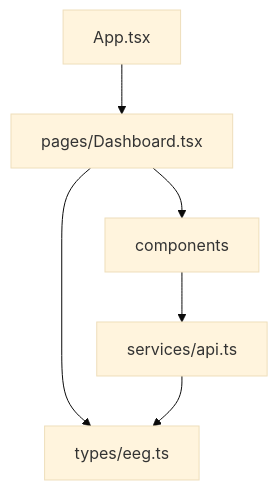
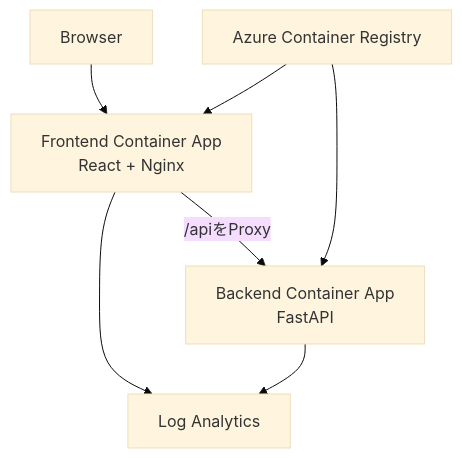
Before and after one commit to ryoma-1999/eeg-analysis-platform: the second of 2 diagrams in doc/02_システム構成.md, drawn with Mermaid (base theme). The commit also changed other lines of this file, not shown here.

````diff
--- a/doc/02_システム構成.md
+++ b/doc/02_システム構成.md
@@ -199,14 +32,9 @@
 ```mermaid
 flowchart TB
-    A["App.tsx"]
-    D["pages/Dashboard.tsx"]
-    C["components"]
-    API["services/api.ts"]
-    T["types/eeg.ts"]
-
-    A --> D
-    D --> C
-    C --> API
-    D --> T
-    API --> T
+    U["Browser"] --> FE["Frontend Container App<br>React + Nginx"]
+    FE -->|"/apiをProxy"| BE["Backend Container App<br>FastAPI"]
+    ACR["Azure Container Registry"] --> FE
+    ACR --> BE
+    FE --> LOG["Log Analytics"]
+    BE --> LOG
 ```
````
